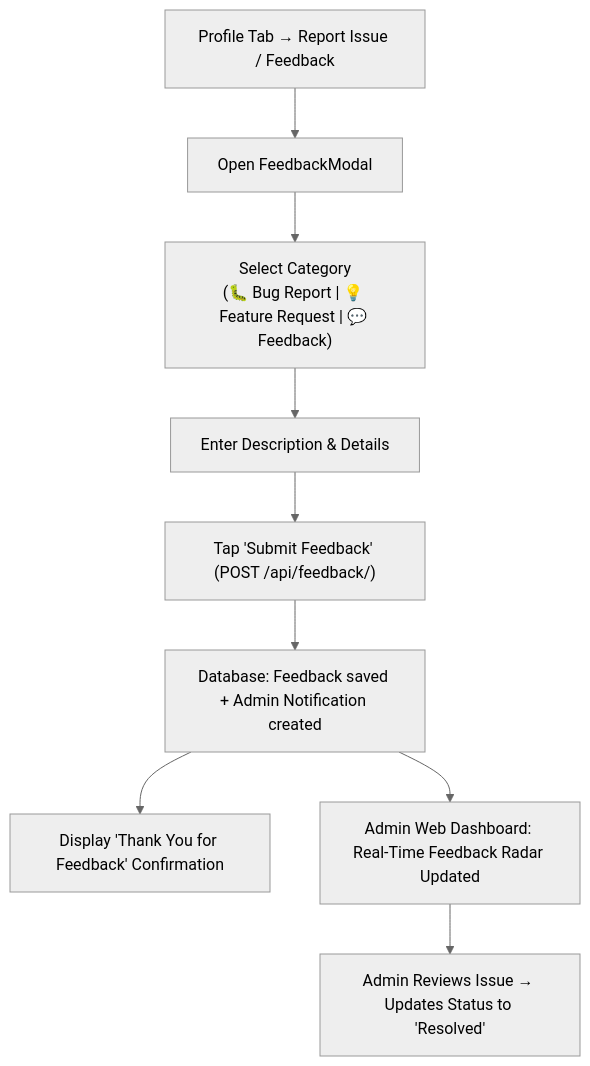
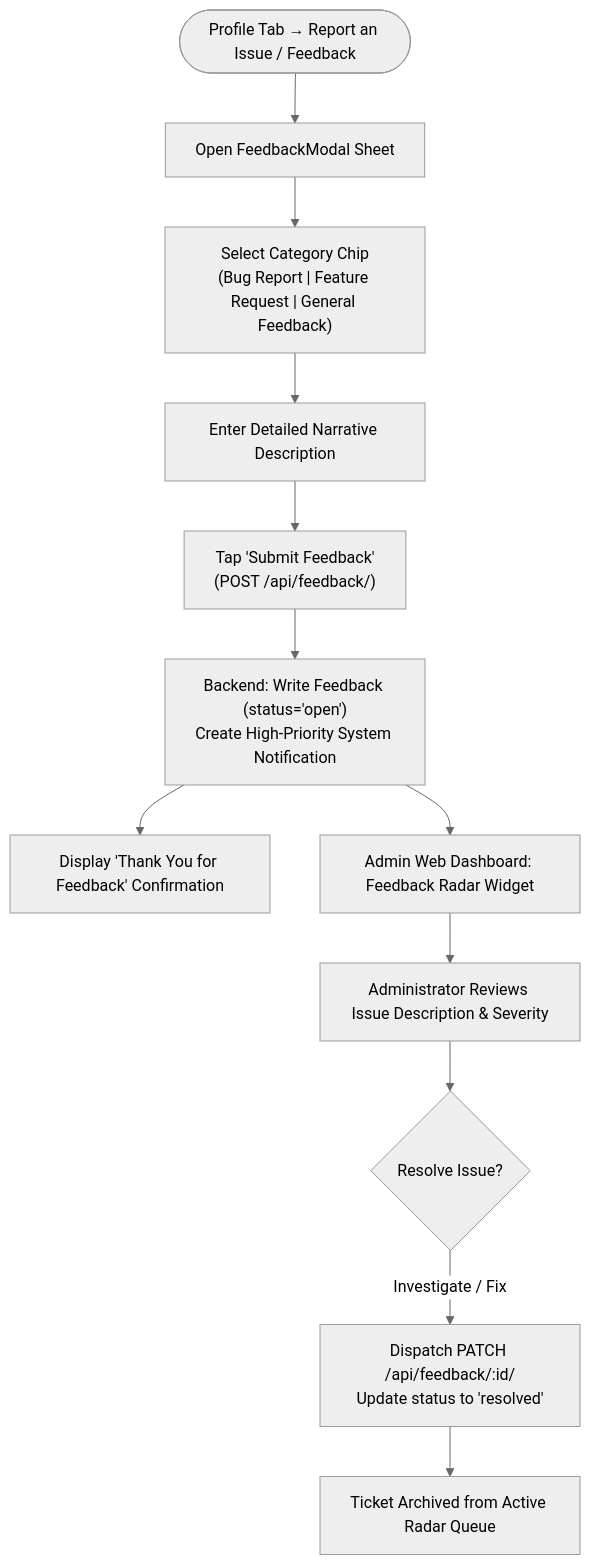
One commit to Cipher-Syntax/ARQuest changed the sixth of 7 diagrams in user-flow.md. Above: the diagram before and after it, drawn with Mermaid (neutral theme). The commit also changed other lines of this file and 8 other files, not shown here.

Commit message:
Updated: documentation + diagrams

````diff
--- a/user-flow.md
+++ b/user-flow.md
@@ -157,15 +208,20 @@
 ```mermaid
 flowchart TD
-    USER_ACTION["Profile Tab → Report Issue / Feedback"]
-    USER_ACTION --> MODAL["Open FeedbackModal"]
+    USER_START(["Profile Tab → Report an Issue / Feedback"])
+    OPEN_MODAL["Open FeedbackModal Sheet"]
+    USER_START --> OPEN_MODAL
 
-    MODAL --> SELECT_TYPE["Select Category\n(🐛 Bug Report | 💡 Feature Request | 💬 Feedback)"]
-    SELECT_TYPE --> INPUT_DESC["Enter Description & Details"]
-    INPUT_DESC --> SUBMIT["Tap 'Submit Feedback' (POST /api/feedback/)"]
+    OPEN_MODAL --> SELECT_TYPE["Select Category Chip<br/>(Bug Report | Feature Request | General Feedback)"]
+    SELECT_TYPE --> INPUT_TEXT["Enter Detailed Narrative Description"]
+    INPUT_TEXT --> SUBMIT_FDBK["Tap 'Submit Feedback'<br/>(POST /api/feedback/)"]
 
-    SUBMIT --> DB_NOTIF["Database: Feedback saved + Admin Notification created"]
-    DB_NOTIF --> USER_ALERT["Display 'Thank You for Feedback' Confirmation"]
+    SUBMIT_FDBK --> DB_INSERT["Backend: Write Feedback (status='open')<br/>Create High-Priority System Notification"]
+    DB_INSERT --> TOAST["Display 'Thank You for Feedback' Confirmation"]
 
-    DB_NOTIF --> ADMIN_RADAR["Admin Web Dashboard: Real-Time Feedback Radar Updated"]
-    ADMIN_RADAR --> ADMIN_RESOLVE["Admin Reviews Issue → Updates Status to 'Resolved'"]
+    %% Administrative Triage
+    DB_INSERT --> ADMIN_POLL["Admin Web Dashboard: Feedback Radar Widget"]
+    ADMIN_POLL --> ADMIN_REVIEW["Administrator Reviews Issue Description & Severity"]
+    ADMIN_REVIEW --> ADMIN_ACTION{"Resolve Issue?"}
+    ADMIN_ACTION -->|"Investigate / Fix"| PATCH_RESOLVE["Dispatch PATCH /api/feedback/:id/<br/>Update status to 'resolved'"]
+    PATCH_RESOLVE --> DB_UPDATE["Ticket Archived from Active Radar Queue"]
 ```
````
